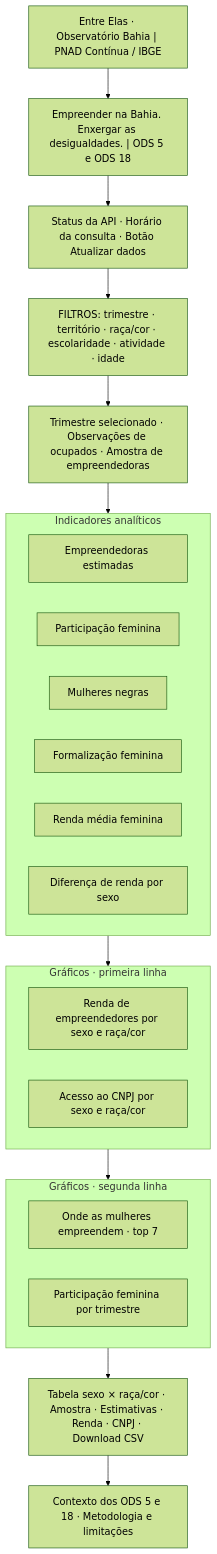
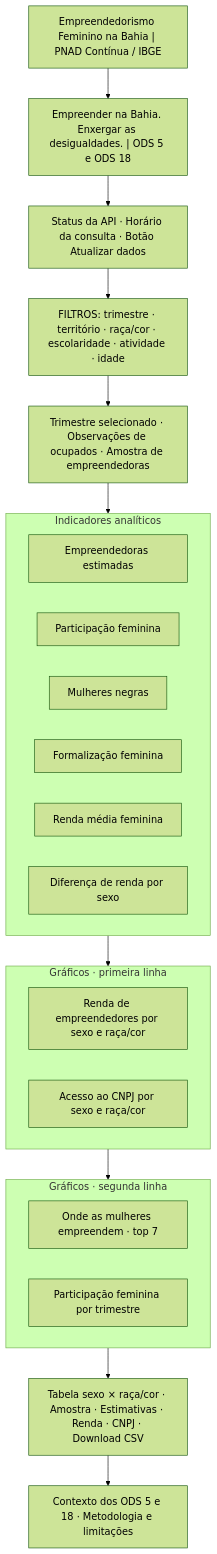
Before and after one commit to yLu4n/big_data_entrega_3: the diagram in README.md, drawn with Mermaid (forest theme). The commit also changed other lines of this file and 5 other files, not shown here.

First line of the commit message:
Renomeia o projeto para Empreendedorismo Feminino na Bahia

````diff
--- a/README.md
+++ b/README.md
@@ -51,27 +51,27 @@
 ```mermaid
 flowchart TB
-    header["Entre Elas · Observatório Bahia | PNAD Contínua / IBGE"]
+    header["Empreendedorismo Feminino na Bahia | PNAD Contínua / IBGE"]
     hero["Empreender na Bahia. Enxergar as desigualdades. | ODS 5 e ODS 18"]
     connection["Status da API · Horário da consulta · Botão Atualizar dados"]
     filters["FILTROS: trimestre · território · raça/cor · escolaridade · atividade · idade"]
     sample["Trimestre selecionado · Observações de ocupados · Amostra de empreendedoras"]
     subgraph cards["Indicadores analíticos"]
         c1["Empreendedoras estimadas"]
         c2["Participação feminina"]
         c3["Mulheres negras"]
         c4["Formalização feminina"]
         c5["Renda média feminina"]
         c6["Diferença de renda por sexo"]
     end
     subgraph row1["Gráficos · primeira linha"]
         g1["Renda de empreendedores por sexo e raça/cor"]
         g2["Acesso ao CNPJ por sexo e raça/cor"]
     end
     subgraph row2["Gráficos · segunda linha"]
         g3["Onde as mulheres empreendem · top 7"]
         g4["Participação feminina por trimestre"]
     end
     table["Tabela sexo × raça/cor · Amostra · Estimativas · Renda · CNPJ · Download CSV"]
     context["Contexto dos ODS 5 e 18 · Metodologia e limitações"]
     header --> hero --> connection --> filters --> sample --> cards --> row1 --> row2 --> table --> context
 ```
````
